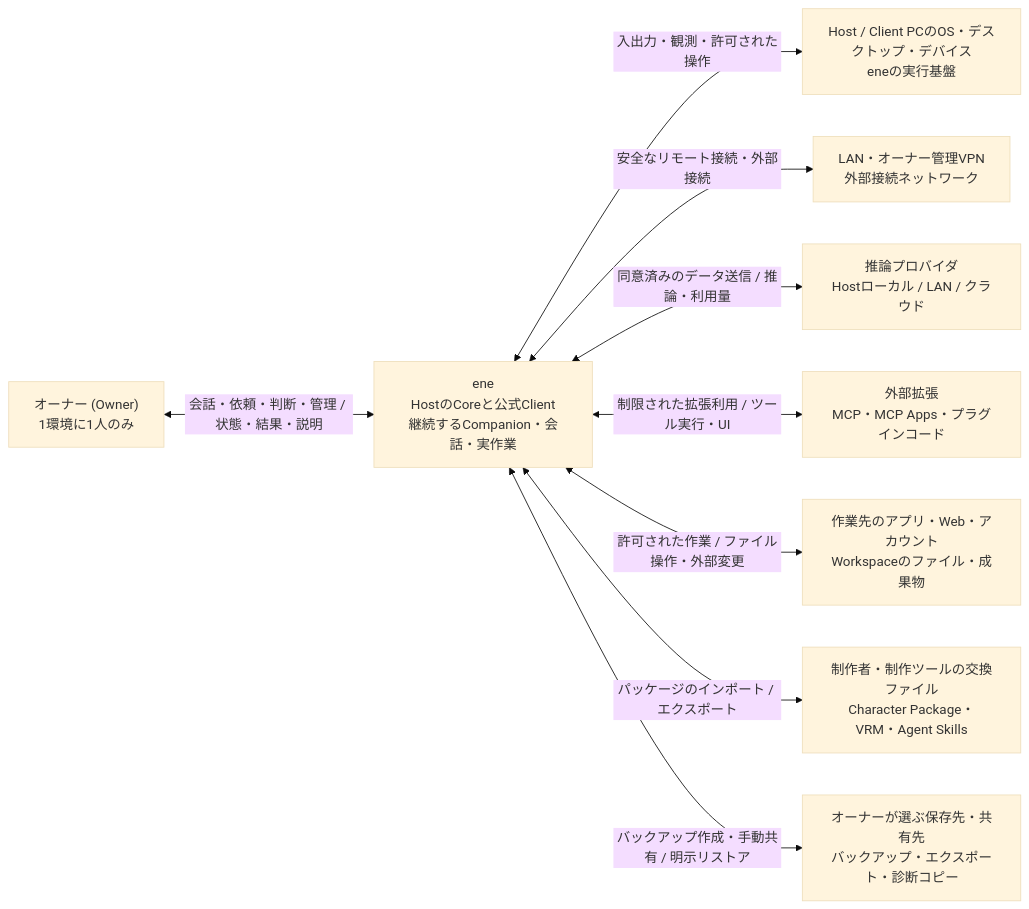
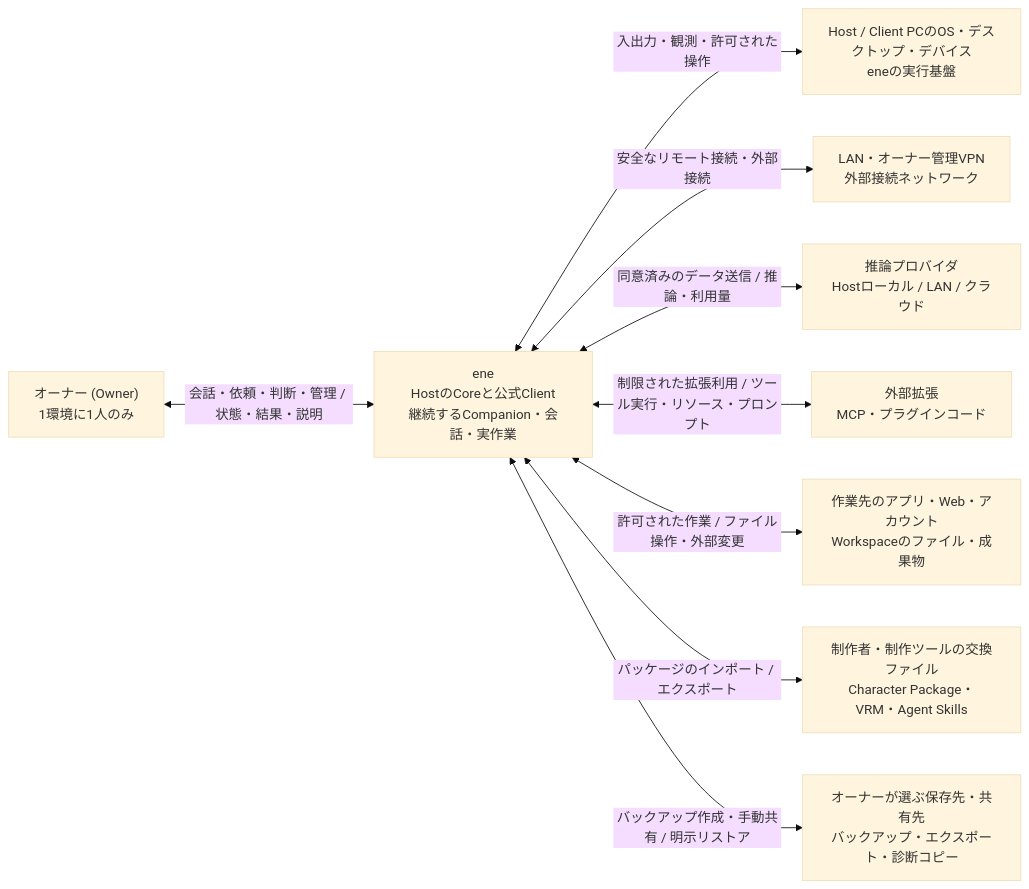
The diagram in docs/design/architecture/system-context.md (pexisgle/ene), drawn with Mermaid (base theme) before and after one commit. The commit also changed other lines of this file and 26 other files, not shown here.

````diff
--- a/docs/design/architecture/system-context.md
+++ b/docs/design/architecture/system-context.md
@@ -68,21 +68,21 @@
 ```mermaid
 flowchart LR
     owner["オーナー (Owner)<br/>1環境に1人のみ"]
     ene["ene<br/>HostのCoreと公式Client<br/>継続するCompanion・会話・実作業"]
     platform["Host / Client PCのOS・デスクトップ・デバイス<br/>eneの実行基盤"]
     network["LAN・オーナー管理VPN<br/>外部接続ネットワーク"]
     provider["推論プロバイダ<br/>Hostローカル / LAN / クラウド"]
-    extension["外部拡張<br/>MCP・MCP Apps・プラグインコード"]
+    extension["外部拡張<br/>MCP・プラグインコード"]
     work["作業先のアプリ・Web・アカウント<br/>Workspaceのファイル・成果物"]
     exchange["制作者・制作ツールの交換ファイル<br/>Character Package・VRM・Agent Skills"]
     copies["オーナーが選ぶ保存先・共有先<br/>バックアップ・エクスポート・診断コピー"]
 
     owner <-->|"会話・依頼・判断・管理 / 状態・結果・説明"| ene
     ene <-->|"入出力・観測・許可された操作"| platform
     ene <-->|"安全なリモート接続・外部接続"| network
     ene <-->|"同意済みのデータ送信 / 推論・利用量"| provider
-    ene <-->|"制限された拡張利用 / ツール実行・UI"| extension
+    ene <-->|"制限された拡張利用 / ツール実行・リソース・プロンプト"| extension
     ene <-->|"許可された作業 / ファイル操作・外部変更"| work
     ene <-->|"パッケージのインポート / エクスポート"| exchange
     ene <-->|"バックアップ作成・手動共有 / 明示リストア"| copies
 ```
````
